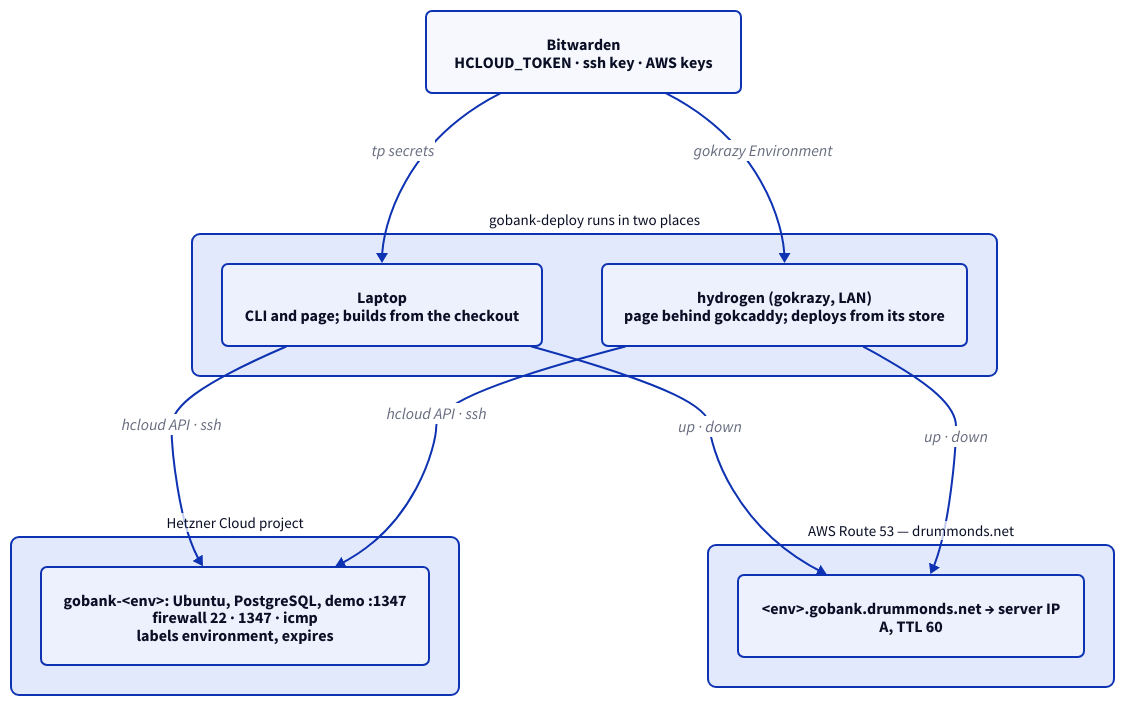
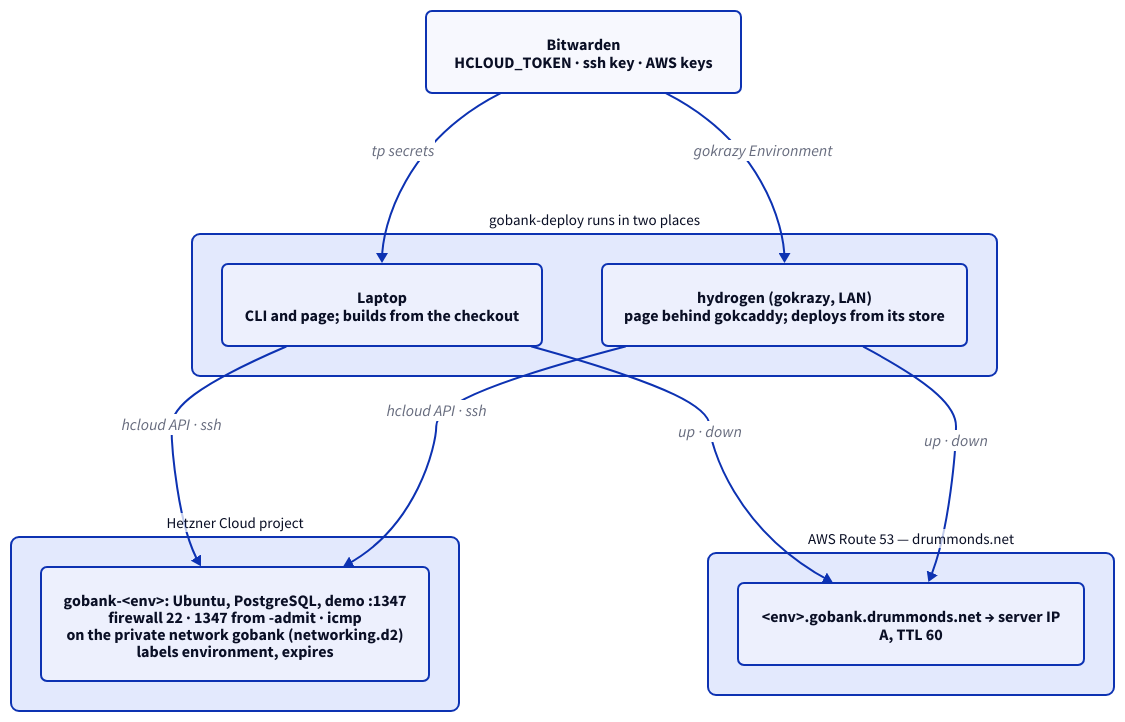
One commit to drummonds/gobank-deploy changed the diagram in components.d2. Above: the diagram before and after it, drawn with D2. The commit also changed 12 other files, not shown here.

```diff
--- a/components.d2
+++ b/components.d2
@@ -1,35 +1,35 @@
 # One question: what does the orchestrator talk to at run time, from
 # either place it runs? How a version gets here is release-path.d2; what
 # an up does in order is deploy-sequence.d2.
 
 direction: down
 
 classes: {
   place: {style.border-radius: 8; style.font-size: 15}
   part: {shape: rectangle; style.border-radius: 6}
 }
 
 operators: "gobank-deploy runs in two places" {
   class: place
   laptop: "Laptop\nCLI and page; builds from the checkout" {class: part}
   hydrogen: "hydrogen (gokrazy, LAN)\npage behind gokcaddy; deploys from its store" {class: part}
 }
 
 bitwarden: "Bitwarden\nHCLOUD_TOKEN · ssh key · AWS keys" {class: part}
 
 hetzner: "Hetzner Cloud project" {
   class: place
-  server: "gobank-<env>: Ubuntu, PostgreSQL, demo :1347\nfirewall 22 · 1347 · icmp\nlabels environment, expires" {class: part}
+  server: "gobank-<env>: Ubuntu, PostgreSQL, demo :1347\nfirewall 22 · 1347 from -admit · icmp\non the private network gobank (networking.d2)\nlabels environment, expires" {class: part}
 }
 
 route53: "AWS Route 53 — drummonds.net" {
   class: place
   record: "<env>.gobank.drummonds.net → server IP\nA, TTL 60" {class: part}
 }
 
 bitwarden -> operators.laptop: tp secrets
 bitwarden -> operators.hydrogen: gokrazy Environment
 operators.laptop -> hetzner.server: hcloud API · ssh
 operators.hydrogen -> hetzner.server: hcloud API · ssh
 operators.laptop -> route53.record: up · down
 operators.hydrogen -> route53.record: up · down
```
